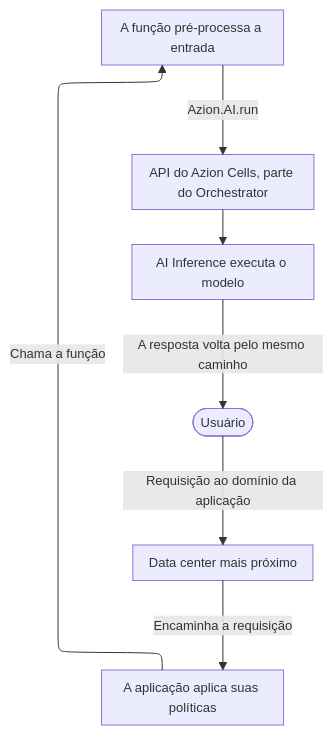
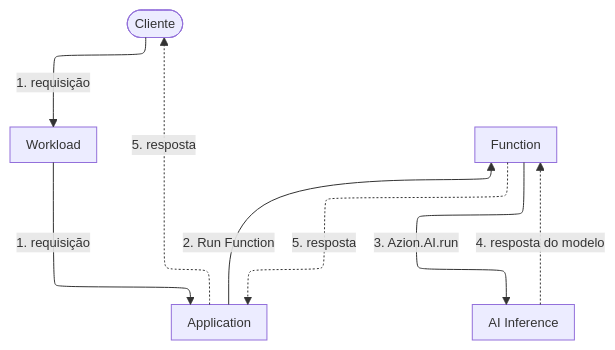
One commit to aziontech/docs changed the diagram in apps/docs/src/content/docs/pt-br/pages/menu-principal/referencia/ai-inference/como-funciona.mdx. Above: the diagram before and after it, drawn with Mermaid. The commit also changed other lines of this file and 7 other files, not shown here.

````diff
--- a/apps/docs/src/content/docs/pt-br/pages/menu-principal/referencia/ai-inference/como-funciona.mdx
+++ b/apps/docs/src/content/docs/pt-br/pages/menu-principal/referencia/ai-inference/como-funciona.mdx
@@ -39,10 +39,16 @@
 ```mermaid
-%%{init: {"layout": "elk", "themeVariables": {"fontSize": "13px"}, "flowchart": {"nodeSpacing": 24, "rankSpacing": 36, "padding": 8, "wrappingWidth": 150, "useMaxWidth": true}, "sequence": {"width": 120, "actorMargin": 30, "useMaxWidth": true}}}%%
+%%{init: {"layout": "elk", "elk": {"cycleBreakingStrategy": "MODEL_ORDER"}, "themeVariables": {"fontSize": "13px"}, "flowchart": {"nodeSpacing": 24, "rankSpacing": 36, "padding": 8, "wrappingWidth": 150, "useMaxWidth": true}, "sequence": {"width": 120, "actorMargin": 30, "useMaxWidth": true}}}%%
 flowchart TD
-  User(["Usuário"]) -->|"Requisição ao domínio da aplicação"| DC["Data center mais próximo"]
-  DC -->|"Encaminha a requisição"| App["A aplicação aplica suas políticas"]
-  App -->|"Chama a função"| Fn["A função pré-processa a entrada"]
-  Fn -->|"Azion.AI.run"| Cells["API do Azion Cells, parte do Orchestrator"]
-  Cells --> Model["AI Inference executa o modelo"]
-  Model -->|"A resposta volta pelo mesmo caminho"| User
+  Client(["Cliente"])
+  WL["Workload"]
+  App["Application"]
+  Fn["Function"]
+  AI["AI Inference"]
+  Client -->|"1. requisição"| WL
+  WL -->|"1. requisição"| App
+  App -->|"2. Run Function"| Fn
+  Fn -->|"3. Azion.AI.run"| AI
+  AI -.->|"4. resposta do modelo"| Fn
+  Fn -.->|"5. resposta"| App
+  App -.->|"5. resposta"| Client
 ```
````
